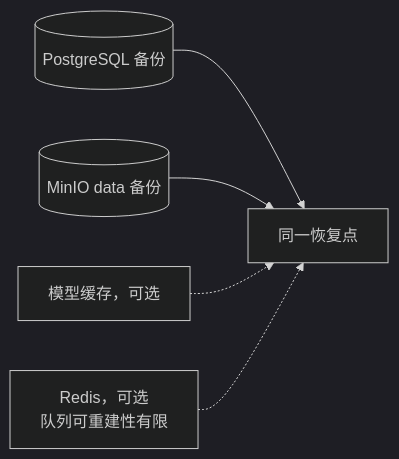
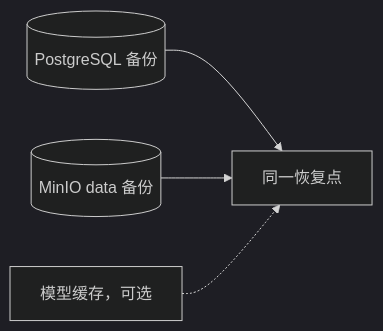
Before and after one commit to tamakara/bakabooru: the fourth of 4 diagrams in docs/operations.md, drawn with Mermaid (dark theme). The commit also changed other lines of this file and 31 other files, not shown here.

````diff
--- a/docs/operations.md
+++ b/docs/operations.md
@@ -115,7 +116,6 @@
 ```mermaid
 flowchart LR
     PG[("PostgreSQL 备份")] --> Set["同一恢复点"]
     MinIO[("MinIO data 备份")] --> Set
     Cache["模型缓存，可选"] -.-> Set
-    Redis["Redis，可选<br/>队列可重建性有限"] -.-> Set
 ```
````
